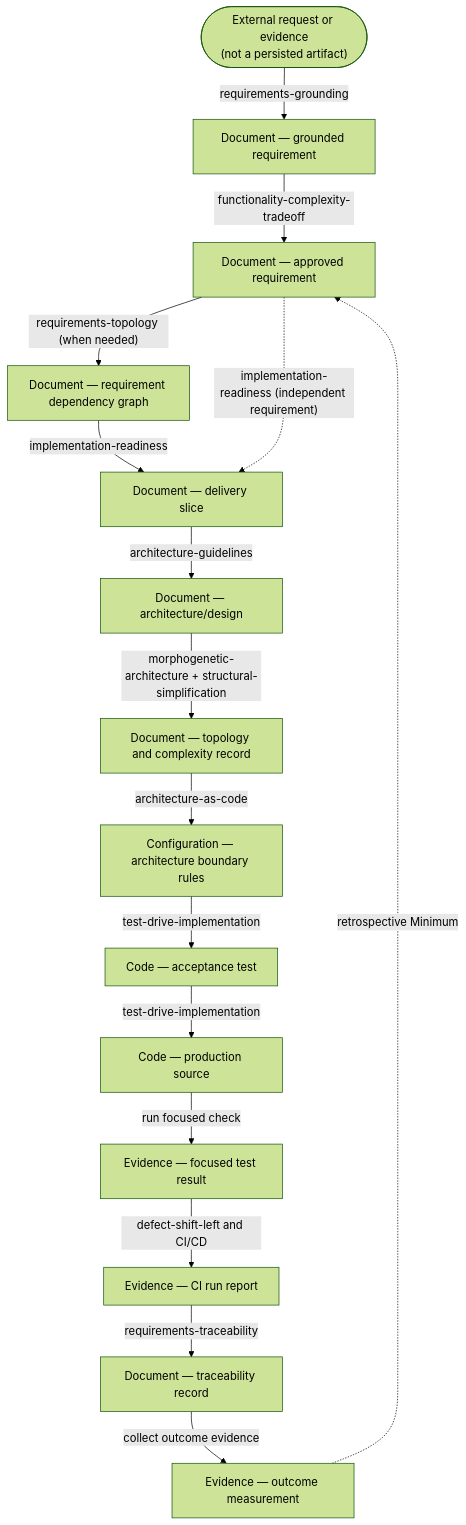
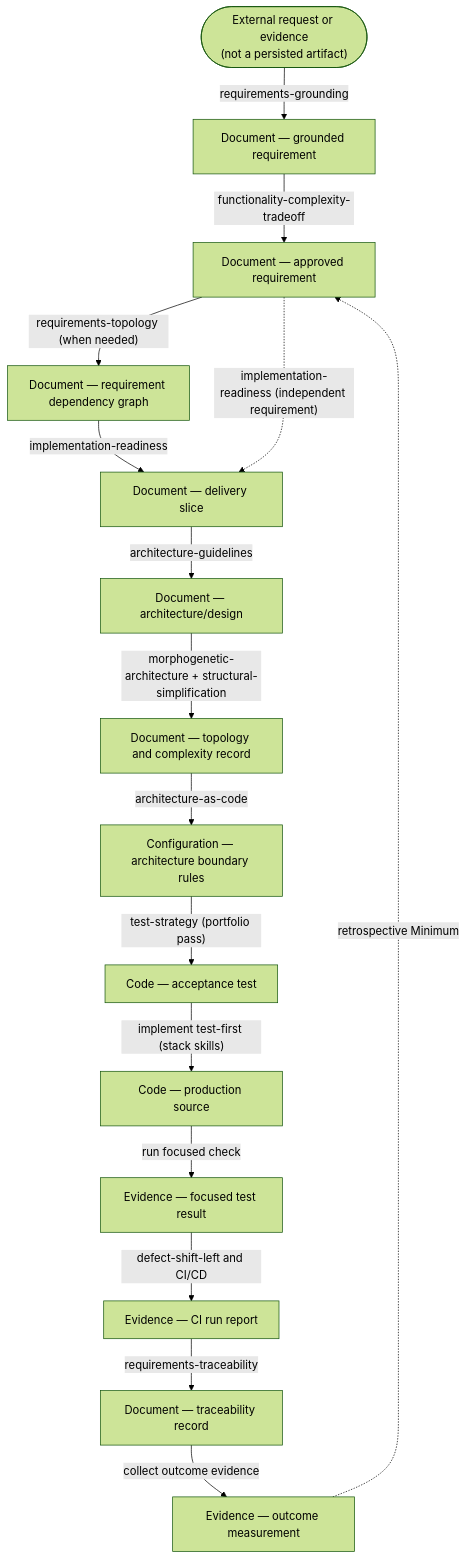
Before and after one commit to l-gevity/l-gevity-skills: the first of 3 diagrams in README.md, drawn with Mermaid (forest theme). The commit also changed other lines of this file, not shown here.

````diff
--- a/README.md
+++ b/README.md
@@ -104,40 +104,40 @@
 ```mermaid
 flowchart TD
     Input(["External request or evidence<br/>(not a persisted artifact)"])
 
     Req0["Document — grounded requirement"]
     Req1["Document — approved requirement"]
     Graph["Document — requirement dependency graph"]
     Slice["Document — delivery slice"]
 
     Design["Document — architecture/design"]
     Topology["Document — topology and complexity record"]
     Rules["Configuration — architecture boundary rules"]
 
     Test["Code — acceptance test"]
     Source["Code — production source"]
     TestRun["Evidence — focused test result"]
     CIRun["Evidence — CI run report"]
     Trace["Document — traceability record"]
     Outcome["Evidence — outcome measurement"]
 
     Input -->|"requirements-grounding"| Req0
     Req0 -->|"functionality-complexity-tradeoff"| Req1
     Req1 -->|"requirements-topology (when needed)"| Graph
     Graph -->|"implementation-readiness"| Slice
     Req1 -.->|"implementation-readiness (independent requirement)"| Slice
 
     Slice -->|"architecture-guidelines"| Design
     Design -->|"morphogenetic-architecture + structural-simplification"| Topology
     Topology -->|"architecture-as-code"| Rules
 
-    Rules -->|"test-drive-implementation"| Test
-    Test -->|"test-drive-implementation"| Source
+    Rules -->|"test-strategy (portfolio pass)"| Test
+    Test -->|"implement test-first (stack skills)"| Source
     Source -->|"run focused check"| TestRun
 
     TestRun -->|"defect-shift-left and CI/CD"| CIRun
     CIRun -->|"requirements-traceability"| Trace
     Trace -->|"collect outcome evidence"| Outcome
 
     Outcome -.->|"retrospective Minimum"| Req1
 ```
````
